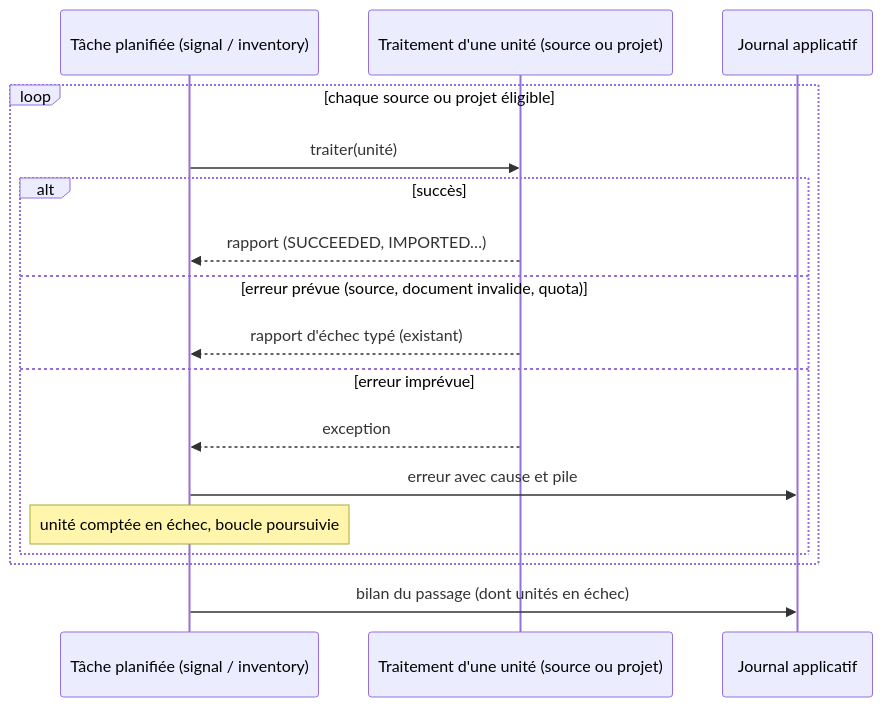
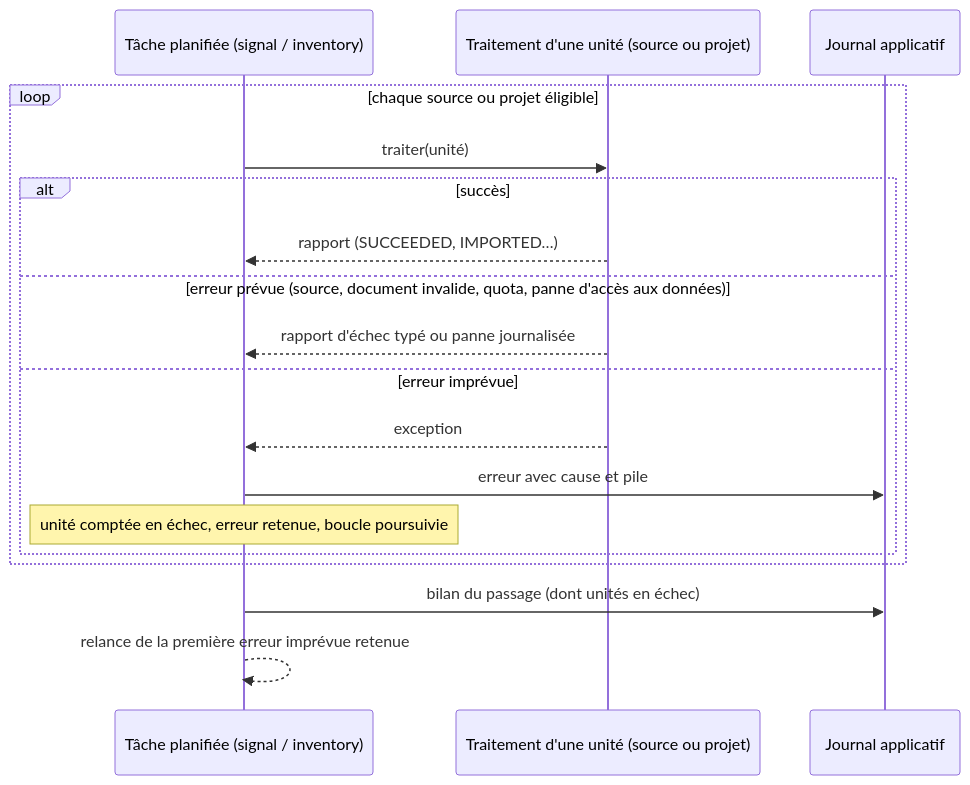
One commit to FTurleque/argos-tech-platform changed the first of 3 diagrams in openspec/changes/isoler-erreurs-aux-frontieres/design.md. Above: the diagram before and after it, drawn with Mermaid. The commit also changed other lines of this file and 36 other files, not shown here.

````diff
--- a/openspec/changes/isoler-erreurs-aux-frontieres/design.md
+++ b/openspec/changes/isoler-erreurs-aux-frontieres/design.md
@@ -76,19 +77,20 @@
 ```mermaid
 sequenceDiagram
     participant Planif as Tâche planifiée (signal / inventory)
     participant Unite as Traitement d'une unité (source ou projet)
     participant Journal as Journal applicatif
     loop chaque source ou projet éligible
         Planif->>Unite: traiter(unité)
         alt succès
             Unite-->>Planif: rapport (SUCCEEDED, IMPORTED…)
-        else erreur prévue (source, document invalide, quota)
-            Unite-->>Planif: rapport d'échec typé (existant)
+        else erreur prévue (source, document invalide, quota, panne d'accès aux données)
+            Unite-->>Planif: rapport d'échec typé ou panne journalisée
         else erreur imprévue
             Unite-->>Planif: exception
             Planif->>Journal: erreur avec cause et pile
-            Note over Planif: unité comptée en échec, boucle poursuivie
+            Note over Planif: unité comptée en échec, erreur retenue, boucle poursuivie
         end
     end
     Planif->>Journal: bilan du passage (dont unités en échec)
+    Planif-->>Planif: relance de la première erreur imprévue retenue
 ```
````
